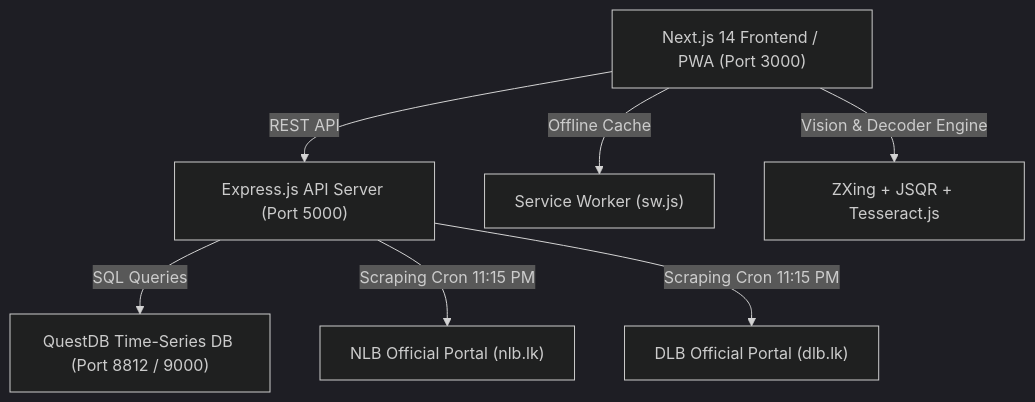
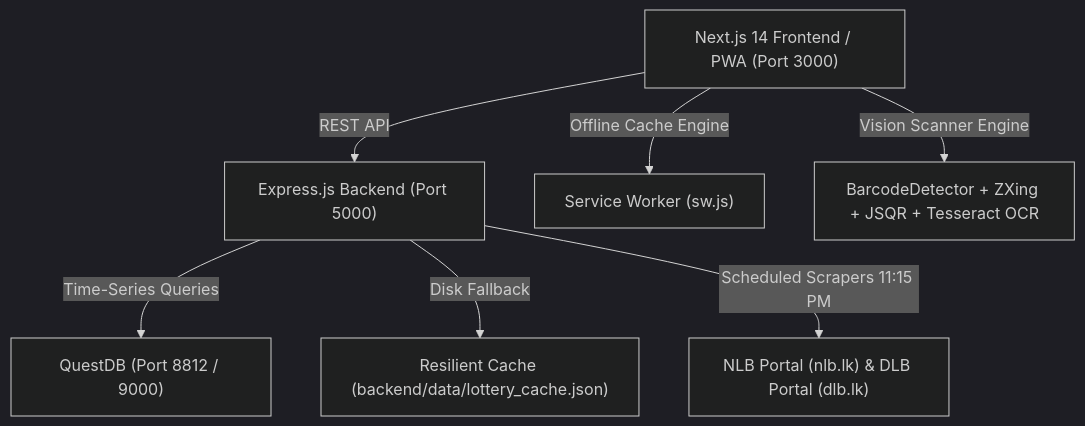
Before and after one commit to dewminiweerapperuma/Lotto-scan: the first of 2 diagrams in PROJECT_DOCUMENTATION.md, drawn with Mermaid (dark theme). The commit also changed other lines of this file and 53 other files, not shown here.

````diff
--- a/PROJECT_DOCUMENTATION.md
+++ b/PROJECT_DOCUMENTATION.md
@@ -27,9 +29,9 @@
 ```mermaid
 graph TD
-    A["Next.js 14 Frontend / PWA (Port 3000)"] -->|REST API| B["Express.js API Server (Port 5000)"]
-    B -->|SQL Queries| C["QuestDB Time-Series DB (Port 8812 / 9000)"]
-    B -->|Scraping Cron 11:15 PM| D["NLB Official Portal (nlb.lk)"]
-    B -->|Scraping Cron 11:15 PM| E["DLB Official Portal (dlb.lk)"]
-    A -->|Offline Cache| F["Service Worker (sw.js)"]
-    A -->|Vision & Decoder Engine| G["ZXing + JSQR + Tesseract.js"]
+    A["Next.js 14 Frontend / PWA (Port 3000)"] -->|REST API| B["Express.js Backend (Port 5000)"]
+    B -->|Time-Series Queries| C["QuestDB (Port 8812 / 9000)"]
+    B -->|Disk Fallback| D["Resilient Cache (backend/data/lottery_cache.json)"]
+    B -->|Scheduled Scrapers 11:15 PM| E["NLB Portal (nlb.lk) & DLB Portal (dlb.lk)"]
+    A -->|Offline Cache Engine| F["Service Worker (sw.js)"]
+    A -->|Vision Scanner Engine| G["BarcodeDetector + ZXing + JSQR + Tesseract OCR"]
 ```
````
